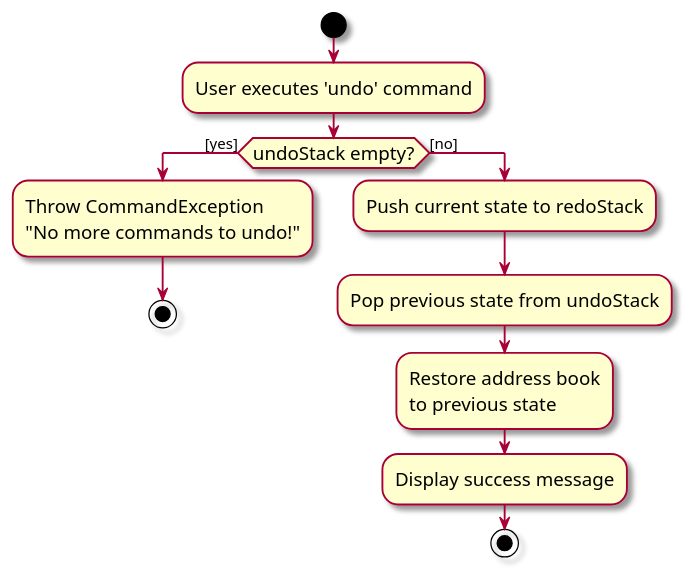
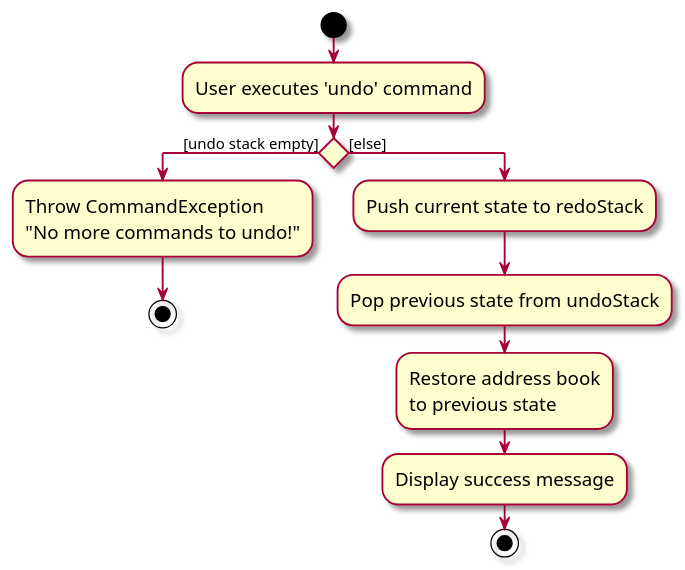
The diagram in docs/diagrams/UndoActivityDiagram.puml (wafflescloud/tp), drawn with PlantUML before and after one commit. The commit also changed 2 other files, not shown here.

```diff
--- a/docs/diagrams/UndoActivityDiagram.puml
+++ b/docs/diagrams/UndoActivityDiagram.puml
@@ -1,20 +1,20 @@
 @startuml
 skin rose
 skinparam ActivityFontSize 15
 skinparam ArrowFontSize 12
 
 start
 :User executes 'undo' command;
 
-if (undoStack empty?) then ([yes])
+if () then ([undo stack empty])
   :Throw CommandException\n"No more commands to undo!";
   stop
-else ([no])
+else ([else])
   :Push current state to redoStack;
   :Pop previous state from undoStack;
   :Restore address book\nto previous state;
   :Display success message;
   stop
 endif
 
 @enduml
```
